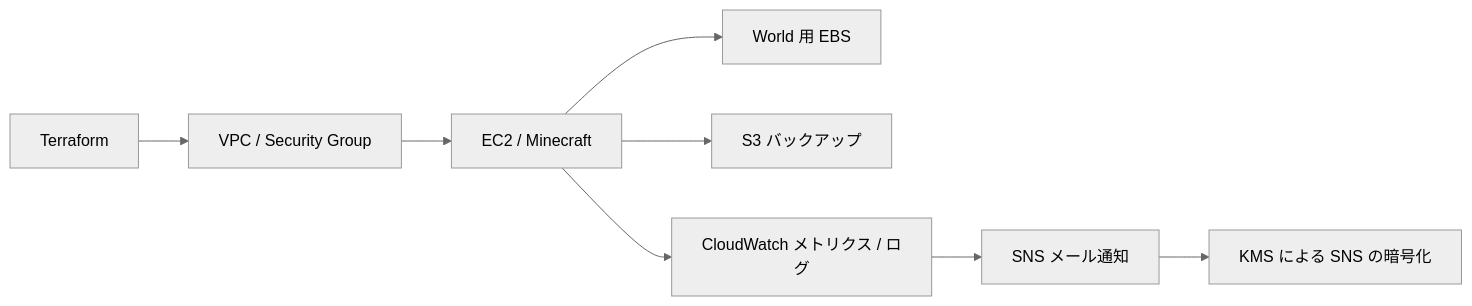
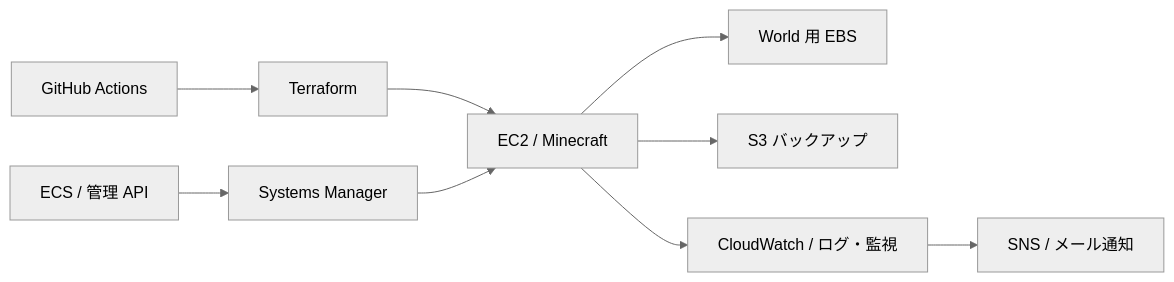
The diagram in README.md (Toridesu/minecraft-platform), drawn with Mermaid (neutral theme) before and after one commit. The commit also changed other lines of this file, not shown here.

````diff
--- a/README.md
+++ b/README.md
@@ -9,10 +18,11 @@
 ```mermaid
 flowchart LR
-    TF[Terraform] --> VPC[VPC / Security Group]
-    VPC --> EC2[EC2 / Minecraft]
+    Git[GitHub Actions] --> TF[Terraform]
+    TF --> EC2[EC2 / Minecraft]
     EC2 --> EBS[World 用 EBS]
     EC2 --> S3[S3 バックアップ]
-    EC2 --> CW[CloudWatch メトリクス / ログ]
-    CW --> SNS[SNS メール通知]
-    SNS --> KMS[KMS による SNS の暗号化]
+    EC2 --> CW[CloudWatch / ログ・監視]
+    CW --> SNS[SNS / メール通知]
+    SSM[Systems Manager] --> EC2
+    API[ECS / 管理 API] --> SSM
 ```
````
